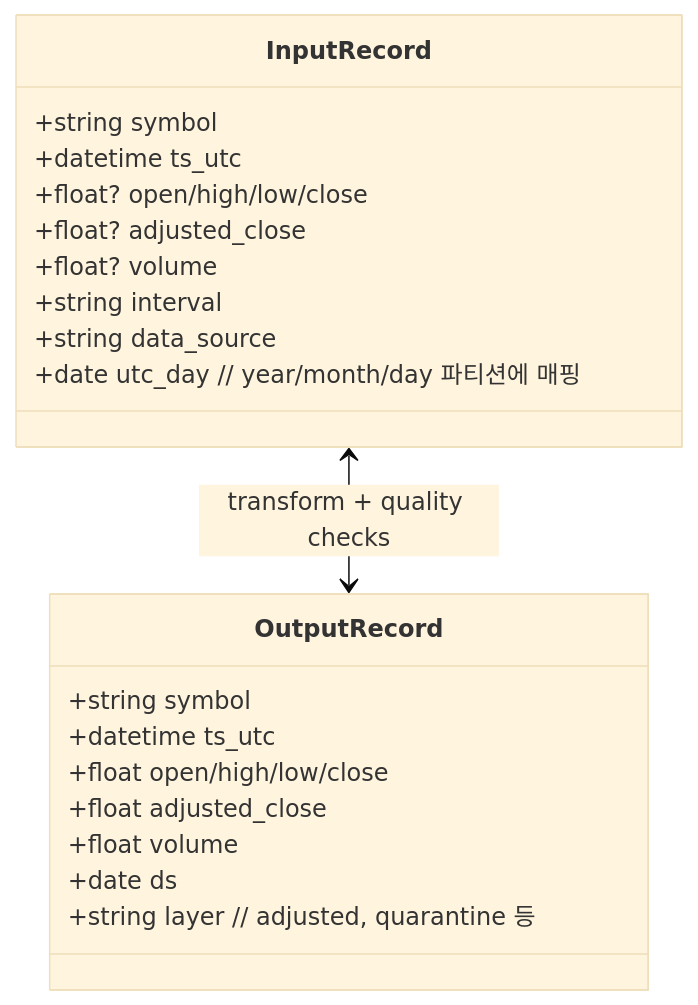
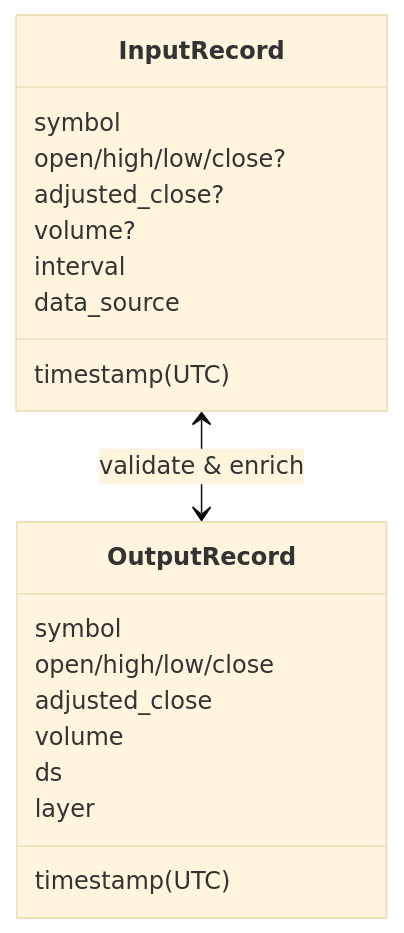
The second of 2 diagrams in docs/diagrams/transform/07-io-and-schema.md (keemgdeok/fin-forge-pipeline), drawn with Mermaid (base theme) before and after one commit. The commit also changed other lines of this file and 17 other files, not shown here.

Commit message:
feat: update transform docs/diagram

````diff
--- a/docs/diagrams/transform/07-io-and-schema.md
+++ b/docs/diagrams/transform/07-io-and-schema.md
@@ -14,25 +14,24 @@
 ```mermaid
 classDiagram
   class InputRecord {
-    +string symbol
-    +datetime ts_utc
-    +float? open/high/low/close
-    +float? adjusted_close
-    +float? volume
-    +string interval
-    +string data_source
-    +date utc_day // year/month/day 파티션에 매핑
+    symbol
+    timestamp (UTC)
+    open/high/low/close?
+    adjusted_close?
+    volume?
+    interval
+    data_source
   }
 
   class OutputRecord {
-    +string symbol
-    +datetime ts_utc
-    +float open/high/low/close
-    +float adjusted_close
-    +float volume
-    +date ds
-    +string layer // adjusted, quarantine 등
+    symbol
+    timestamp (UTC)
+    open/high/low/close
+    adjusted_close
+    volume
+    ds
+    layer
   }
 
-  InputRecord <--> OutputRecord : transform + quality checks
+  InputRecord <--> OutputRecord : validate & enrich
 ```
````
